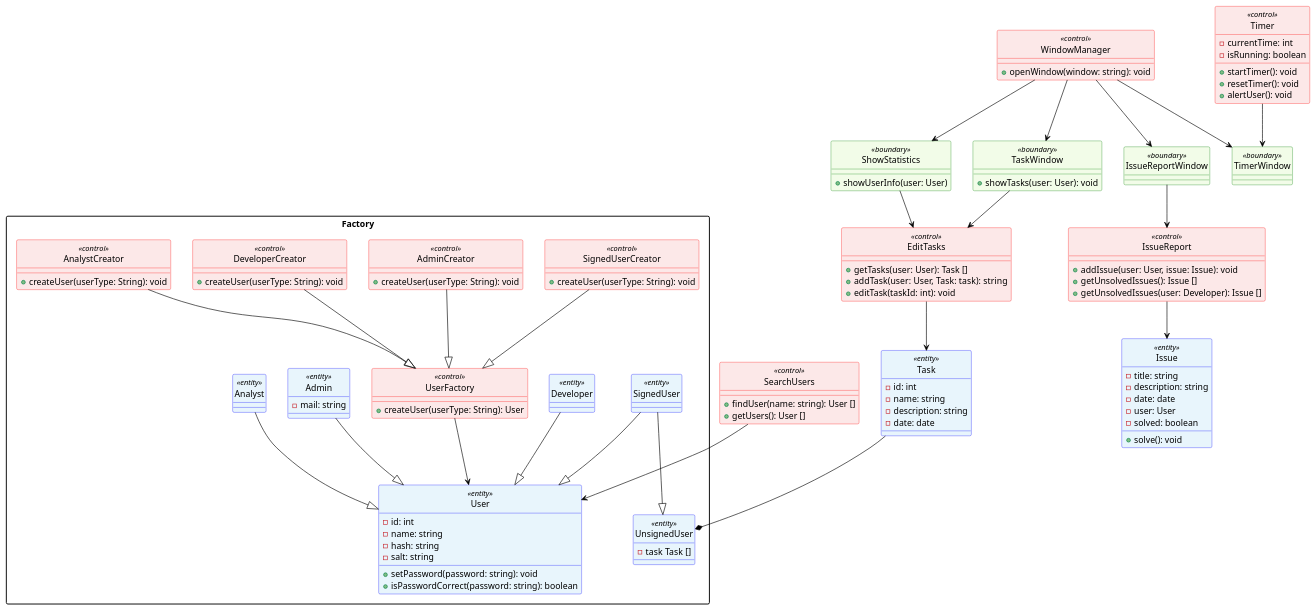
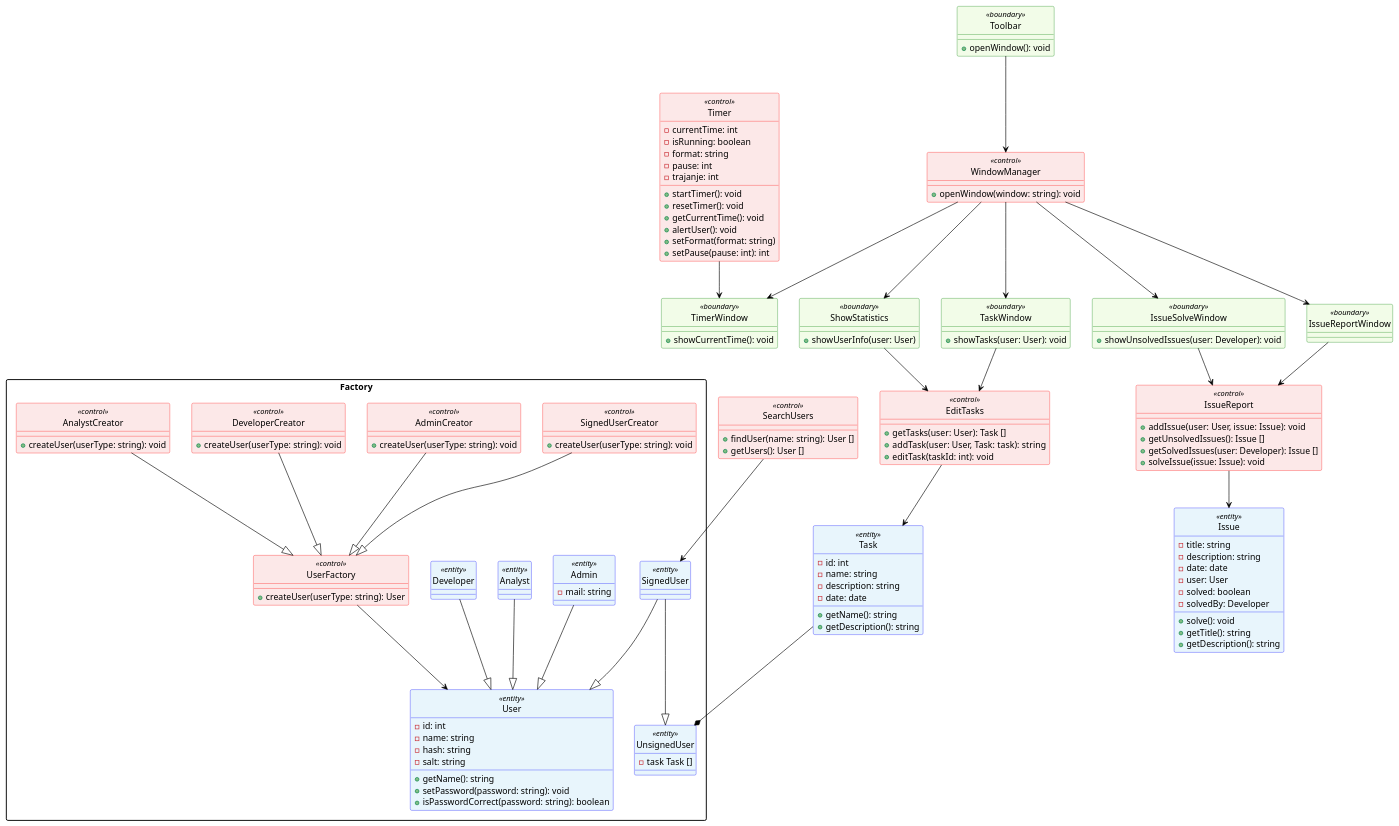
The diagram in docs/gradivo/plantuml/razredni_diagram.plantuml (juremrzek/ProductivityApp), drawn with PlantUML before and after one commit. The commit also changed other lines of this file, not shown here.

Commit message:
Added getters and setters

```diff
--- a/docs/gradivo/plantuml/razredni_diagram.plantuml
+++ b/docs/gradivo/plantuml/razredni_diagram.plantuml
@@ -1,146 +1,167 @@
 @startuml Aplikacija produktivnosti in organizacije 
 skinparam class {
   backgroundColor white
   borderColor #5FB8EC
   arrowColor black
 }
 skinparam class<<entity>> {
   backgroundColor #e8f5fc
   borderColor Blue
 }
 skinparam class<<control>> {
   backgroundColor #fce8e8
   borderColor Red
 }
 skinparam class<<boundary>> {
   backgroundColor #f2fce8
   borderColor Green
 }
 
 'skinparam shadowing false
 skinparam defaultTextAlignment center
 skinparam packageStyle rectangle
 skinparam groupInheritance 2
 hide circle
 'hide members
 
 '---------Razredi---------------------------
 package Factory{
   Class User<<entity>> {
     -id: int
     -name: string
     -hash: string
     -salt: string 
+    +getName(): string
     +setPassword(password: string): void
     +isPasswordCorrect(password: string): boolean
   }
   Class UserFactory<<control>>{
-    +createUser(userType: String): User
+    +createUser(userType: string): User
   }
   Class SignedUser<<entity>>{
 
   }
   Class Admin<<entity>>{
     -mail: string
   }
   Class Analyst<<entity>>{
 
   }
   Class Developer<<entity>>{
 
   }
   Class UnsignedUser<<entity>> {
     -task Task []
   }
   Class SignedUserCreator<<control>>{
-    +createUser(userType: String): void
+    +createUser(userType: string): void
   }
   Class AdminCreator<<control>>{
-    +createUser(userType: String): void
+    +createUser(userType: string): void
   }
   Class DeveloperCreator<<control>>{
-    +createUser(userType: String): void
+    +createUser(userType: string): void
   }
   Class AnalystCreator<<control>>{
-    +createUser(userType: String): void
+    +createUser(userType: string): void
   }
 }
 
 Class ShowStatistics<<boundary>>{
   +showUserInfo(user: User)
 }
 Class Task<<entity>>{
   -id: int
   -name: string
   -description: string
   -date: date
+  +getName(): string
+  +getDescription(): string
 }
 class EditTasks<<control>>{
   +getTasks(user: User): Task []
   +addTask(user: User, Task: task): string
   +editTask(taskId: int): void
 }
 class TaskWindow<<boundary>>{
   +showTasks(user: User): void
 }
 class WindowManager<<control>>{
   +openWindow(window: string): void
 }
+class Toolbar<<boundary>>{
+  +openWindow(): void
+}
 Class Issue<<entity>>{
   -title: string
   -description: string
   -date: date
   -user: User
   -solved: boolean
+  -solvedBy: Developer
   +solve(): void
+  +getTitle(): string
+  +getDescription(): string
 }
 Class IssueReport<<control>>{
   +addIssue(user: User, issue: Issue): void
   +getUnsolvedIssues(): Issue []
-  +getUnsolvedIssues(user: Developer): Issue []
+  +getSolvedIssues(user: Developer): Issue []
+  +solveIssue(issue: Issue): void
+}
+Class IssueSolveWindow<<boundary>>{
+  +showUnsolvedIssues(user: Developer): void
 }
 Class IssueReportWindow<<boundary>>
 
 Class SearchUsers<<control>>{
   +findUser(name: string): User []
   +getUsers(): User []
 }
 
 ' obvestiUsera - ko čas poteče, naredi popup al whatever. (better name pls)
 ' also a rabmo dodatne atribute/funkcije za pavzo?
 Class Timer<<control>>{
   -currentTime: int
   -isRunning: boolean
+  -format: string
+  -pause: int
+  -trajanje: int
   +startTimer(): void
   +resetTimer(): void
+  +getCurrentTime(): void
   +alertUser(): void
+  +setFormat(format: string)
+  +setPause(pause: int): int
 }
 Class TimerWindow<<boundary>>{
-  
+  +showCurrentTime(): void
 }
-
 
 '------Povezave-----------------------
 Task --* UnsignedUser
 EditTasks --> Task
 TaskWindow --> EditTasks
 IssueReport --> Issue
 IssueReportWindow --> IssueReport
-SearchUsers --> User
+IssueSolveWindow --> IssueReport
+SearchUsers --> SignedUser
 Timer --> TimerWindow
 SignedUser --|> User
 SignedUser --|> UnsignedUser
 Analyst --|> User
 Admin --|> User
 Developer --|> User
 ShowStatistics --> EditTasks
 UserFactory --> User
 SignedUserCreator --|> UserFactory
 DeveloperCreator --|> UserFactory
 AnalystCreator --|> UserFactory
 AdminCreator --|> UserFactory
 WindowManager --> IssueReportWindow
 WindowManager --> TimerWindow
 WindowManager --> ShowStatistics
 WindowManager --> TaskWindow
+WindowManager --> IssueSolveWindow
+Toolbar --> WindowManager
 @enduml
```
